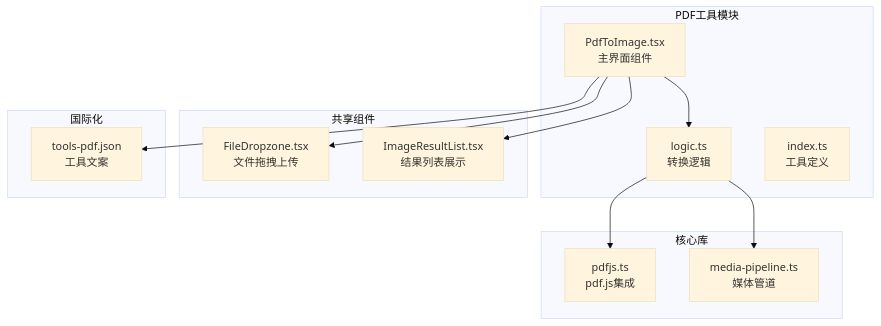
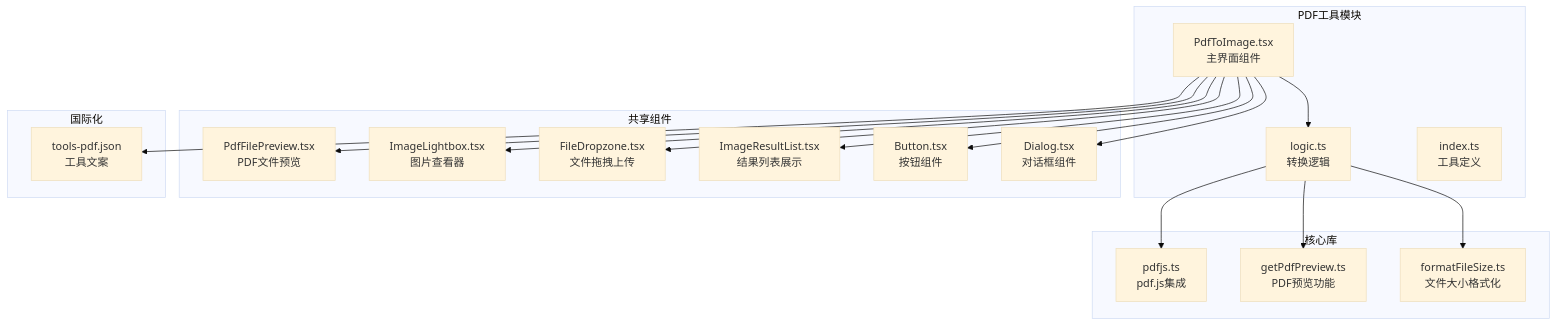
Before and after one commit to sgyy/privadeck: the first of 6 diagrams in .qoder/repowiki/zh/content/PDF工具/PDF转图片工具.md, drawn with Mermaid (base theme). The commit also changed other lines of this file and 27 other files, not shown here.

````diff
--- a/.qoder/repowiki/zh/content/PDF工具/PDF转图片工具.md
+++ b/.qoder/repowiki/zh/content/PDF工具/PDF转图片工具.md
@@ -39,25 +52,35 @@
 ```mermaid
 graph TB
 subgraph "PDF工具模块"
 A[PdfToImage.tsx<br/>主界面组件]
 B[logic.ts<br/>转换逻辑]
 C[index.ts<br/>工具定义]
 end
 subgraph "核心库"
 D[pdfjs.ts<br/>pdf.js集成]
-E[media-pipeline.ts<br/>媒体管道]
+E[getPdfPreview.ts<br/>PDF预览功能]
+F[formatFileSize.ts<br/>文件大小格式化]
 end
 subgraph "共享组件"
-F[FileDropzone.tsx<br/>文件拖拽上传]
-G[ImageResultList.tsx<br/>结果列表展示]
+G[PdfFilePreview.tsx<br/>PDF文件预览]
+H[ImageLightbox.tsx<br/>图片查看器]
+I[FileDropzone.tsx<br/>文件拖拽上传]
+J[ImageResultList.tsx<br/>结果列表展示]
+K[Button.tsx<br/>按钮组件]
+L[Dialog.tsx<br/>对话框组件]
 end
 subgraph "国际化"
-H[tools-pdf.json<br/>工具文案]
+M[tools-pdf.json<br/>工具文案]
 end
 A --> B
 B --> D
-A --> F
 A --> G
 A --> H
+A --> I
+A --> J
+A --> K
+A --> L
 B --> E
+B --> F
+A --> M
 ```
````
